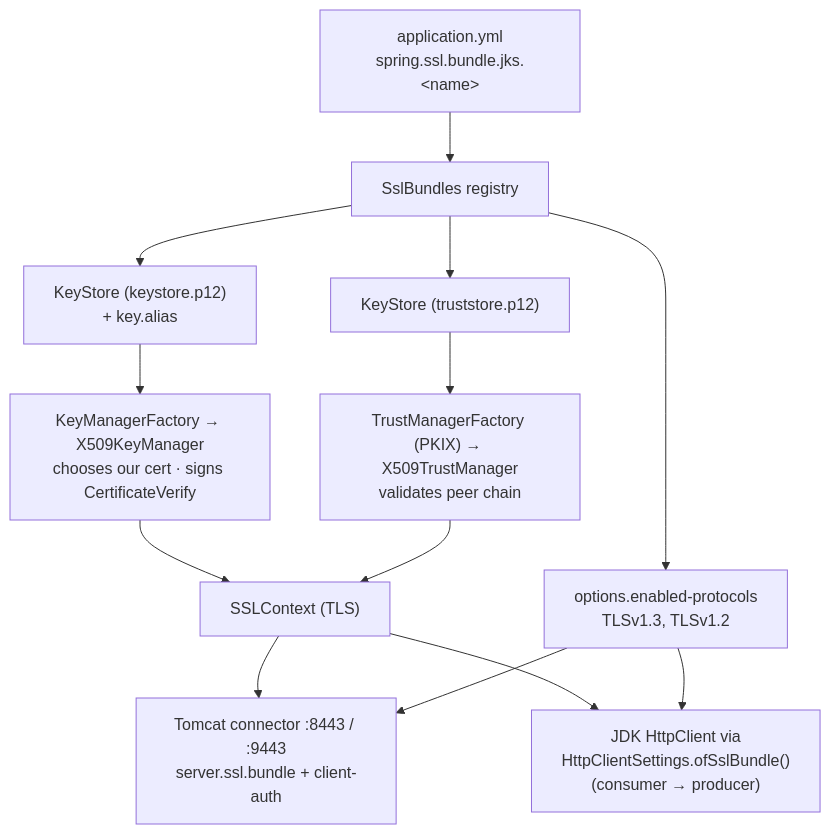
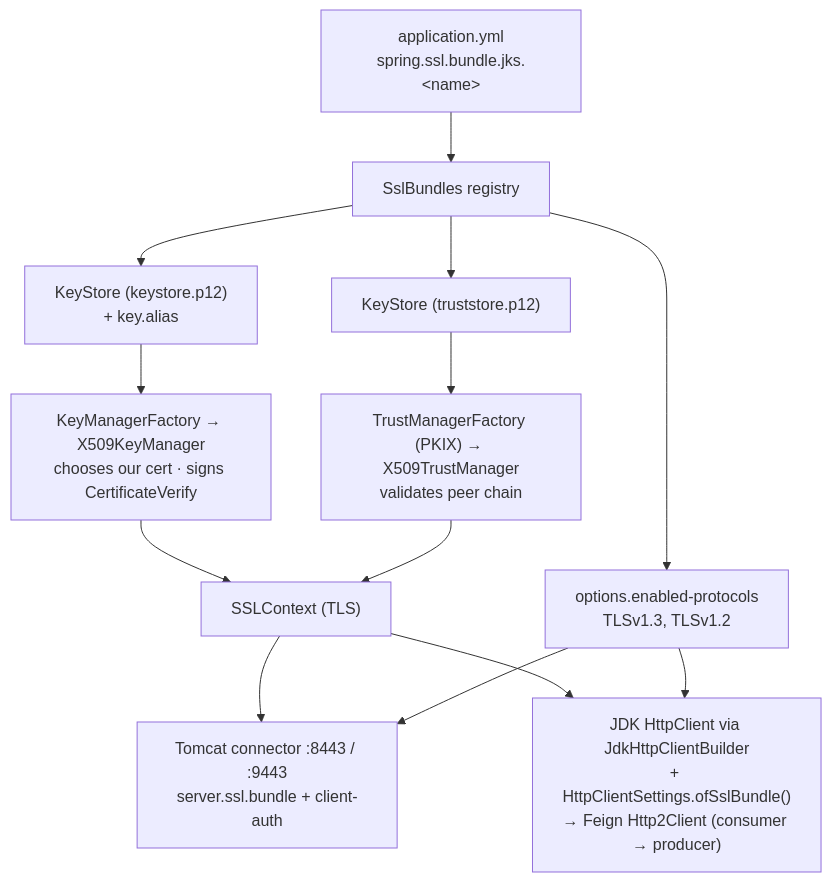
Diagram 20 of 24 in README.md (himnay/learning-mtls), drawn with Mermaid before and after one commit. The commit also changed other lines of this file and 11 other files, not shown here.

````diff
--- a/README.md
+++ b/README.md
@@ -831,15 +841,15 @@
 ```mermaid
 flowchart TB
     YML["application.yml<br/>spring.ssl.bundle.jks.&lt;name&gt;"] --> SB["SslBundles registry"]
     SB --> KS["KeyStore (keystore.p12)<br/>+ key.alias"]
     SB --> TS["KeyStore (truststore.p12)"]
     KS --> KMF["KeyManagerFactory → X509KeyManager<br/>chooses our cert · signs CertificateVerify"]
     TS --> TMF["TrustManagerFactory (PKIX) → X509TrustManager<br/>validates peer chain"]
     KMF --> CTX["SSLContext (TLS)"]
     TMF --> CTX
     SB --> OPT["options.enabled-protocols<br/>TLSv1.3, TLSv1.2"]
     CTX --> TOM["Tomcat connector :8443 / :9443<br/>server.ssl.bundle + client-auth"]
-    CTX --> HC["JDK HttpClient via<br/>HttpClientSettings.ofSslBundle()<br/>(consumer → producer)"]
+    CTX --> HC["JDK HttpClient via JdkHttpClientBuilder<br/>+ HttpClientSettings.ofSslBundle()<br/>→ Feign Http2Client (consumer → producer)"]
     OPT --> TOM
     OPT --> HC
 ```
````
